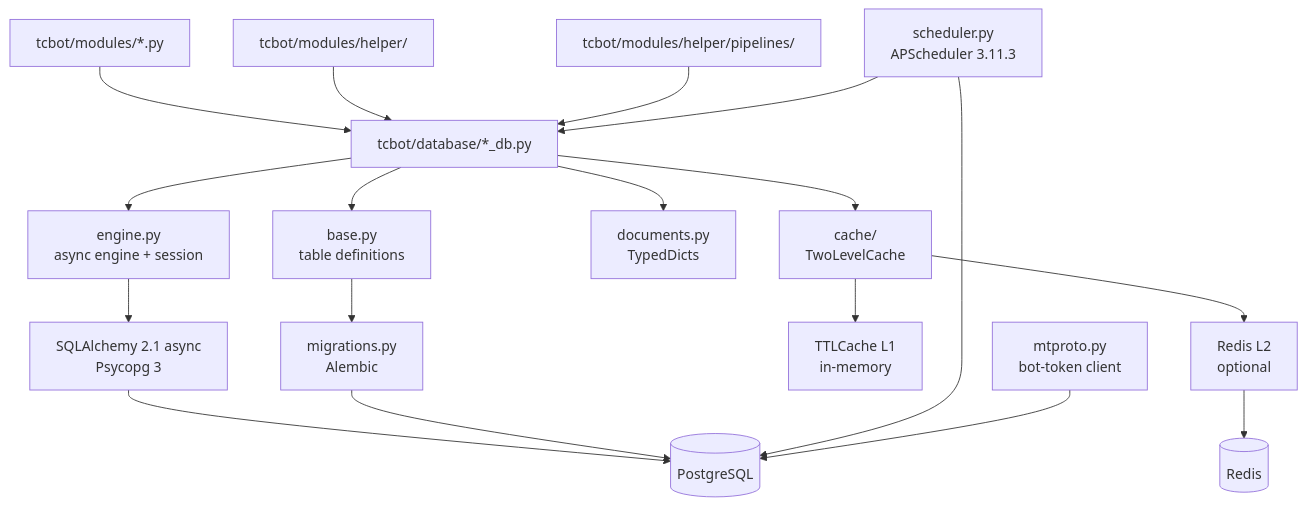
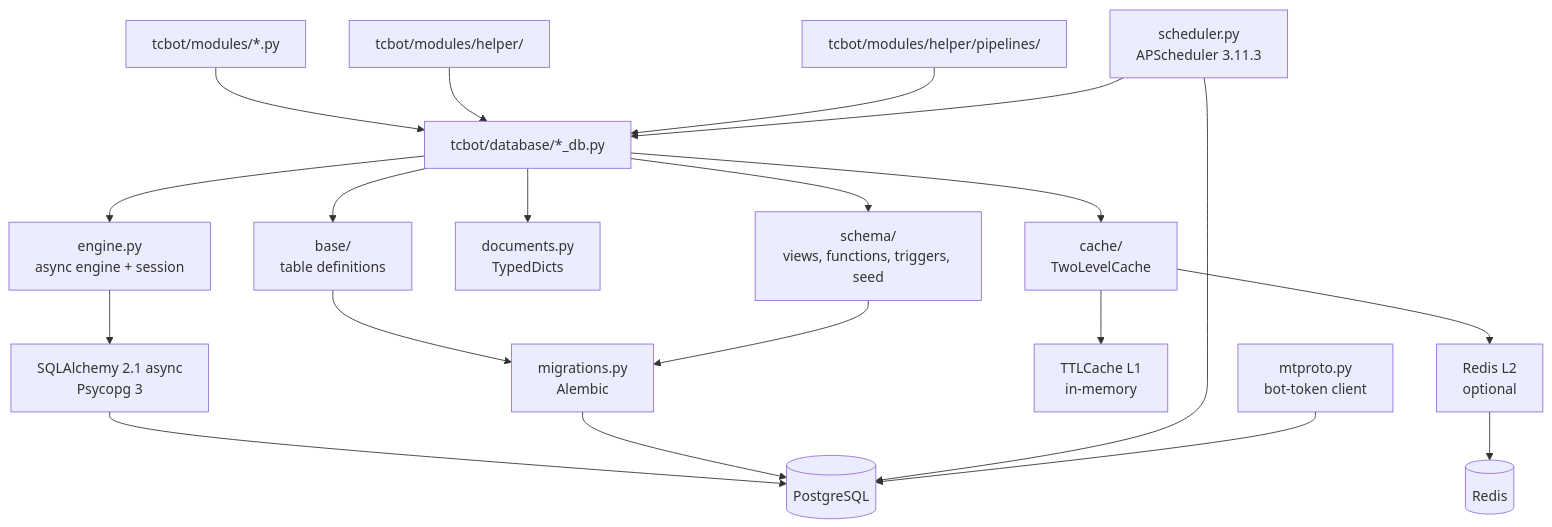
One commit to D1ZZY4/tcbot changed the diagram in docs/architecture/database.md. Above: the diagram before and after it, drawn with Mermaid. The commit also changed other lines of this file and 24 other files, not shown here.

First line of the commit message:
docs(database): describe the community schema and the database configuration

````diff
--- a/docs/architecture/database.md
+++ b/docs/architecture/database.md
@@ -16,20 +16,22 @@
 ```mermaid
 flowchart TD
     Modules[tcbot/modules/*.py] --> DBHelpers[tcbot/database/*_db.py]
     Helpers[tcbot/modules/helper/] --> DBHelpers
     Workflows[tcbot/modules/helper/pipelines/] --> DBHelpers
     DBHelpers --> Engine[engine.py<br/>async engine + session]
     DBHelpers --> Cache[cache/<br/>TwoLevelCache]
     DBHelpers --> Documents[documents.py<br/>TypedDicts]
-    DBHelpers --> Schema[base.py<br/>table definitions]
+    DBHelpers --> Schema[base/<br/>table definitions]
+    DBHelpers --> SQL[schema/<br/>views, functions, triggers, seed]
     Engine --> SQLAlchemy[SQLAlchemy 2.1 async<br/>Psycopg 3]
     SQLAlchemy --> Postgres[(PostgreSQL)]
     Schema --> Migrations[migrations.py<br/>Alembic]
     Migrations --> Postgres
+    SQL --> Migrations
     Cache --> L1[TTLCache L1<br/>in-memory]
     Cache --> L2[Redis L2<br/>optional]
     L2 --> Redis[(Redis)]
     Scheduler[scheduler.py<br/>APScheduler 3.11.3] --> Postgres
     Scheduler --> DBHelpers
     MTProto[mtproto.py<br/>bot-token client] --> Postgres
 ```
````
